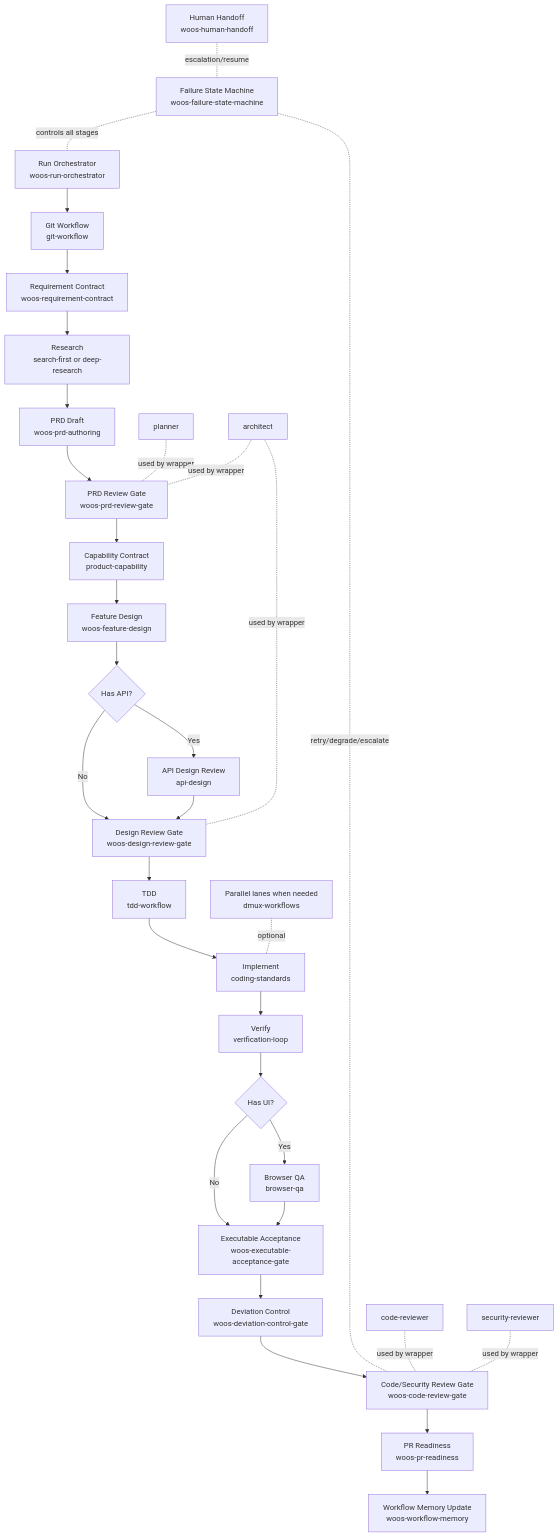
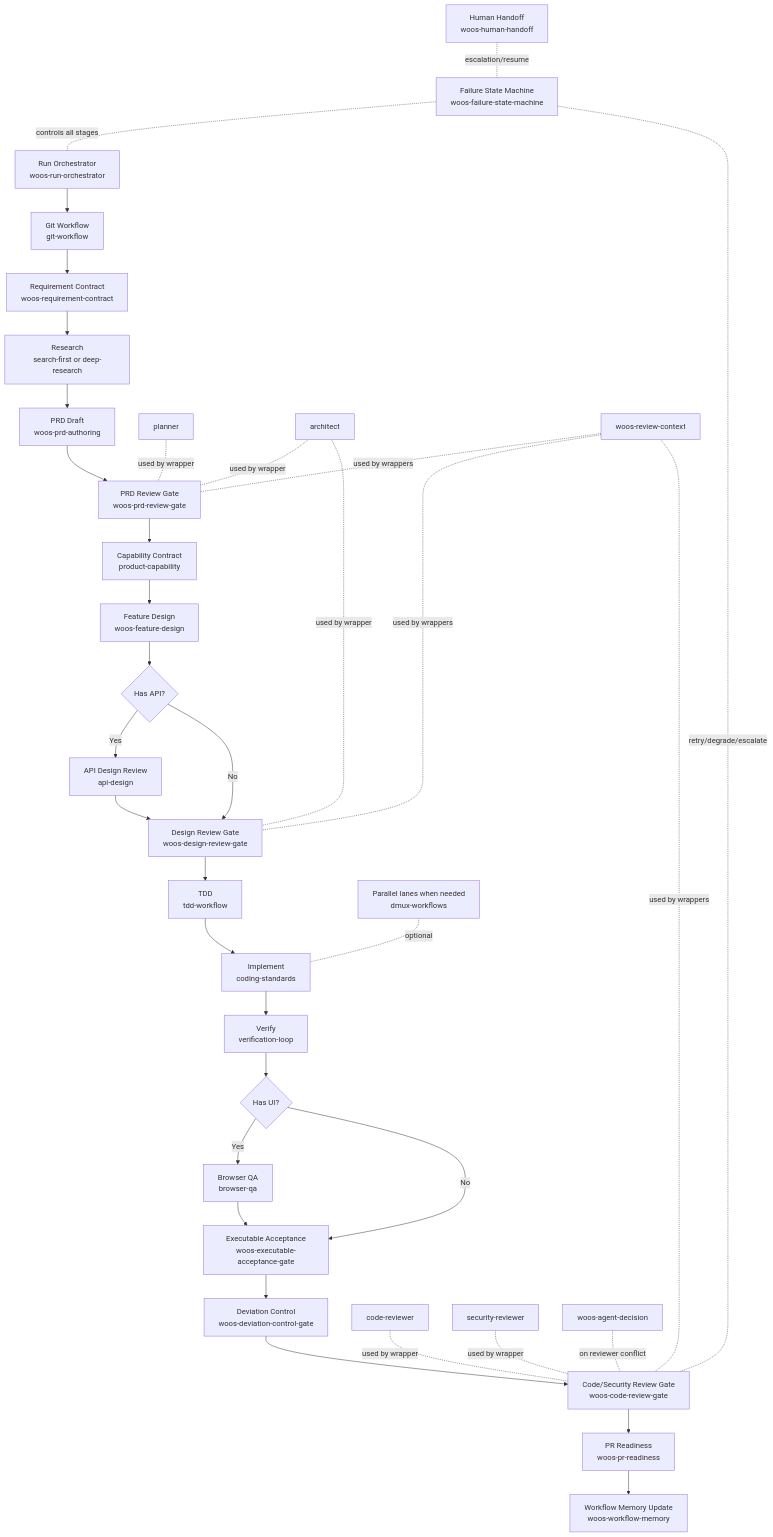
The diagram in README.md (zero-click/zero-prd-to-pr), drawn with Mermaid before and after one commit. The commit also changed other lines of this file and 21 other files, not shown here.

````diff
--- a/README.md
+++ b/README.md
@@ -18,36 +19,40 @@
 ```mermaid
 flowchart TD
   A[Run Orchestrator<br/>woos-run-orchestrator] --> B[Git Workflow<br/>git-workflow]
   B --> C[Requirement Contract<br/>woos-requirement-contract]
   C --> D[Research<br/>search-first or deep-research]
   D --> E[PRD Draft<br/>woos-prd-authoring]
   E --> F[PRD Review Gate<br/>woos-prd-review-gate]
   F --> G[Capability Contract<br/>product-capability]
   G --> H[Feature Design<br/>woos-feature-design]
   H --> H1{Has API?}
   H1 -->|Yes| H2[API Design Review<br/>api-design]
   H1 -->|No| I
   H2 --> I[Design Review Gate<br/>woos-design-review-gate]
   I --> J[TDD<br/>tdd-workflow]
   J --> K[Implement<br/>coding-standards]
   K --> L[Verify<br/>verification-loop]
   L --> L1{Has UI?}
   L1 -->|Yes| L2[Browser QA<br/>browser-qa]
   L1 -->|No| M
   L2 --> M[Executable Acceptance<br/>woos-executable-acceptance-gate]
   M --> N[Deviation Control<br/>woos-deviation-control-gate]
   N --> O[Code/Security Review Gate<br/>woos-code-review-gate]
   O --> P[PR Readiness<br/>woos-pr-readiness]
   P --> Q[Workflow Memory Update<br/>woos-workflow-memory]
 
   R[Failure State Machine<br/>woos-failure-state-machine] -.controls all stages.- A
   R -.retry/degrade/escalate.- O
   S[Human Handoff<br/>woos-human-handoff] -.escalation/resume.- R
   T[Parallel lanes when needed<br/>dmux-workflows] -.optional.- K
 
   U[planner] -.used by wrapper.- F
   V[architect] -.used by wrapper.- F
   V -.used by wrapper.- I
+  Y[woos-review-context] -.used by wrappers.- F
+  Y -.used by wrappers.- I
+  Y -.used by wrappers.- O
   W[code-reviewer] -.used by wrapper.- O
   X[security-reviewer] -.used by wrapper.- O
+  Z[woos-agent-decision] -.on reviewer conflict.- O
 ```
````
